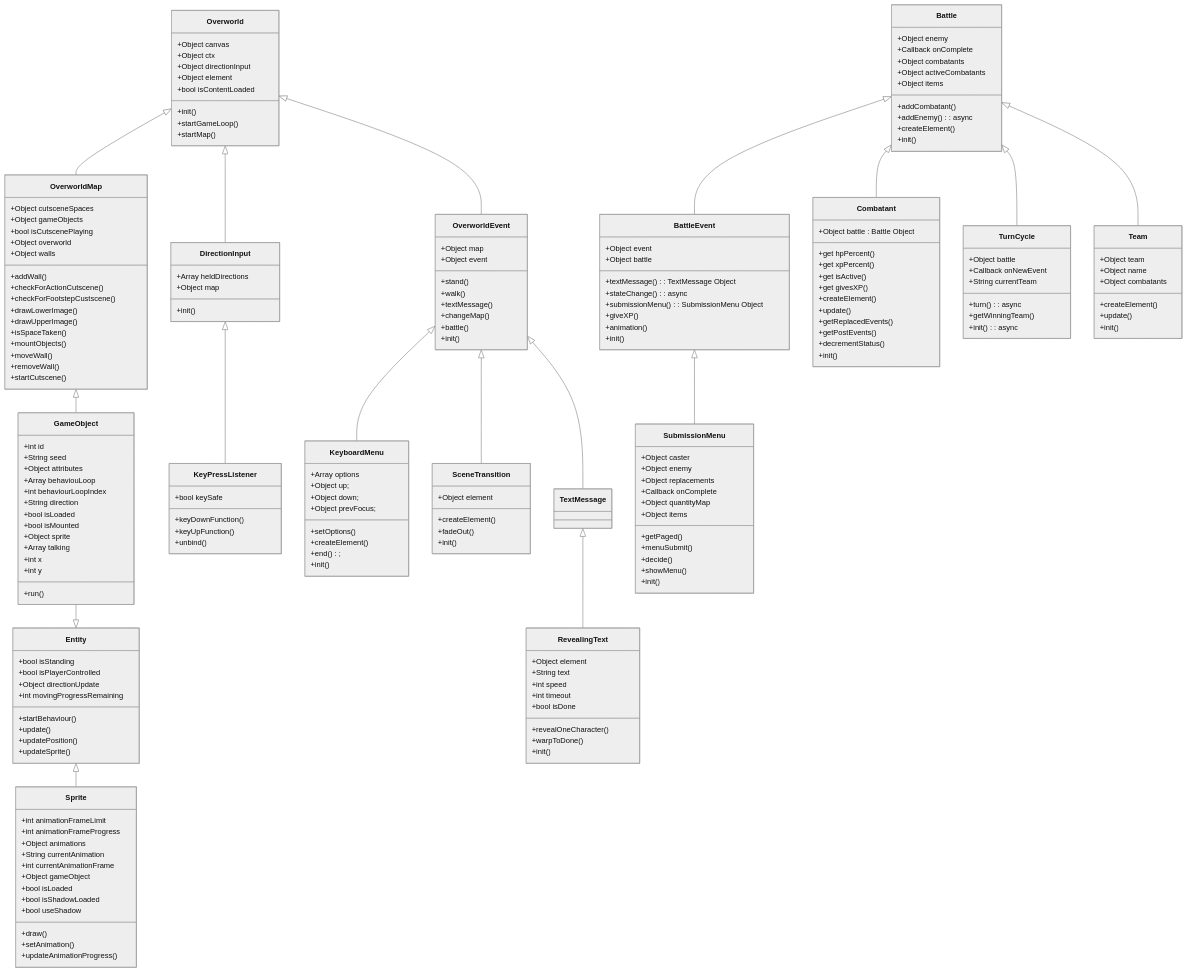
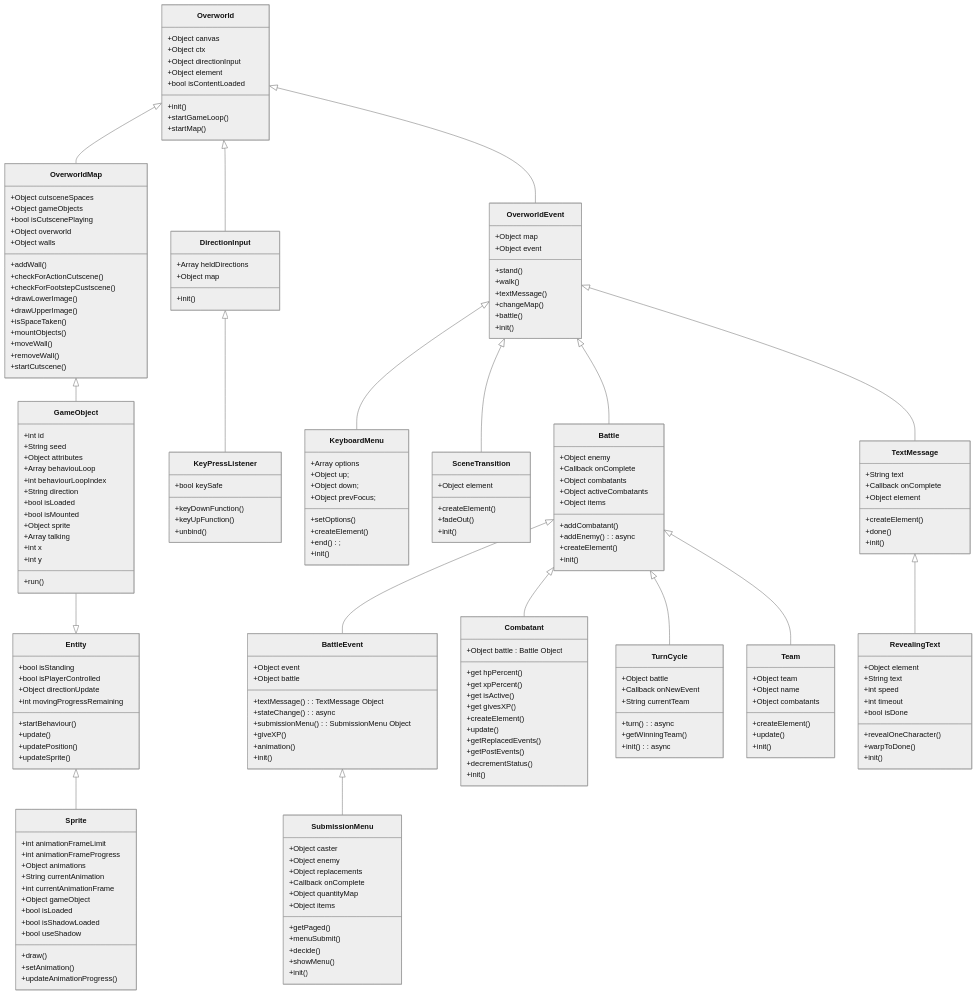
One commit to ITsPorky/land-of-zenethians-2d-rpg changed the diagram in README.md. Above: the diagram before and after it, drawn with Mermaid (neutral theme).

Commit message:
Updated UML Diagram

````diff
--- a/README.md
+++ b/README.md
@@ -37,6 +37,7 @@
       OverworldEvent <|-- KeyboardMenu
       OverworldEvent <|-- SceneTransition
       OverworldEvent <|-- TextMessage
+      OverworldEvent <|-- Battle
       Battle <|-- BattleEvent
       Battle <|-- Combatant
       Battle <|-- TurnCycle
@@ -217,4 +218,12 @@
         +fadeOut()
         +init()
       }
+      class TextMessage{
+        +String text
+        +Callback onComplete
+        +Object element
+        +createElement()
+        +done()
+        +init()
+      }
 ```
````
